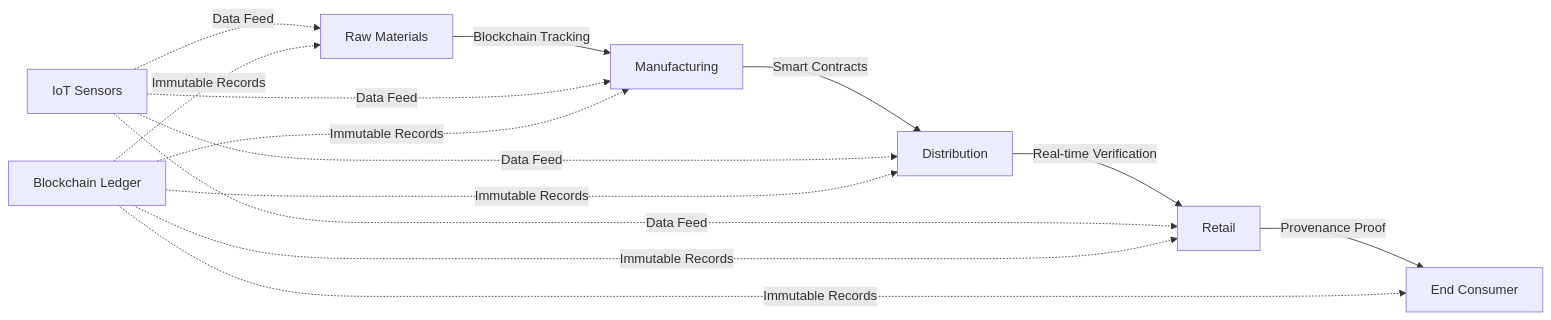
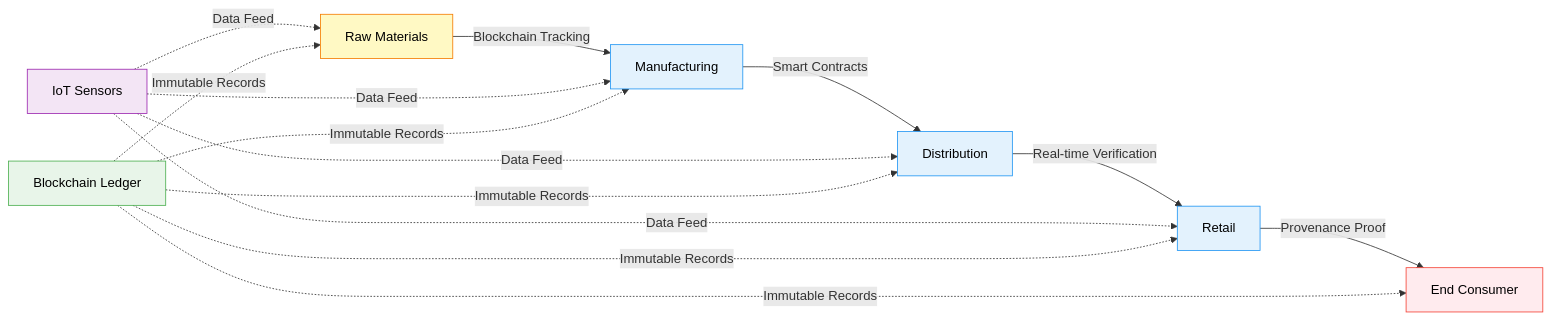
Before and after one commit to ljg-cqu/knowledge: the third of 14 diagrams in Industry/Blockchain/Blockchain/ValueChain/QA_LinerGeneralDeepResearch.md, drawn with Mermaid. The commit also changed other lines of this file and 6 other files, not shown here.

````diff
--- a/Industry/Blockchain/Blockchain/ValueChain/QA_LinerGeneralDeepResearch.md
+++ b/Industry/Blockchain/Blockchain/ValueChain/QA_LinerGeneralDeepResearch.md
@@ -89,18 +114,26 @@
 ```mermaid
 graph LR
     A[Raw Materials] -->|Blockchain Tracking| B[Manufacturing]
     B -->|Smart Contracts| C[Distribution]
     C -->|Real-time Verification| D[Retail]
     D -->|Provenance Proof| E[End Consumer]
     
     F[IoT Sensors] -.->|Data Feed| A
     F -.->|Data Feed| B
     F -.->|Data Feed| C
     F -.->|Data Feed| D
     
     G[Blockchain Ledger] -.->|Immutable Records| A
     G -.->|Immutable Records| B
     G -.->|Immutable Records| C
     G -.->|Immutable Records| D
     G -.->|Immutable Records| E
+    
+    style A fill:#FFF9C4,stroke:#F57C00,color:#000
+    style B fill:#E3F2FD,stroke:#2196F3,color:#000
+    style C fill:#E3F2FD,stroke:#2196F3,color:#000
+    style D fill:#E3F2FD,stroke:#2196F3,color:#000
+    style E fill:#FFEBEE,stroke:#F44336,color:#000
+    style F fill:#F3E5F5,stroke:#9C27B0,color:#000
+    style G fill:#E8F5E9,stroke:#4CAF50,color:#000
 ```
````
